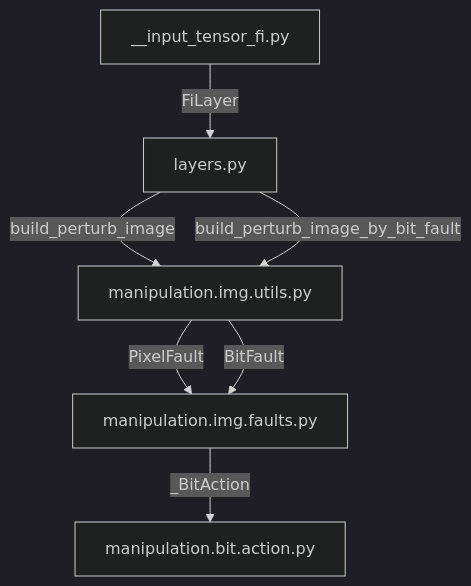
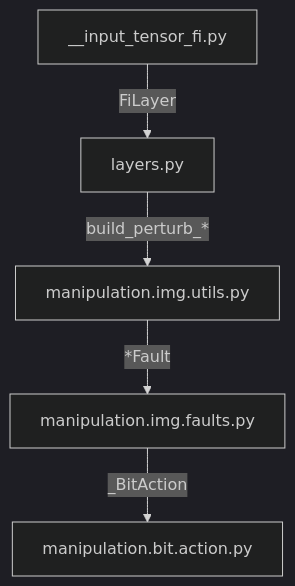
One commit to Darkness4/input_tensor_fi changed the second of 2 diagrams in docs/METHOD.md. Above: the diagram before and after it, drawn with Mermaid (dark theme). The commit also changed other lines of this file and 13 other files, not shown here.

Commit message:
BitFault injection

````diff
--- a/docs/METHOD.md
+++ b/docs/METHOD.md
@@ -140,9 +227,7 @@
 ```mermaid
 graph TD
 	__input_tensor_fi.py --> |FiLayer| layers.py
-	layers.py --> |build_perturb_image| manipulation.img.utils.py
-	layers.py --> |build_perturb_image_by_bit_fault| manipulation.img.utils.py
-	manipulation.img.utils.py --> |PixelFault| manipulation.img.faults.py
-	manipulation.img.utils.py --> |BitFault| manipulation.img.faults.py
+	layers.py --> |build_perturb_*| manipulation.img.utils.py
+	manipulation.img.utils.py --> |*Fault| manipulation.img.faults.py
 	manipulation.img.faults.py --> |_BitAction| manipulation.bit.action.py
 ```
````
